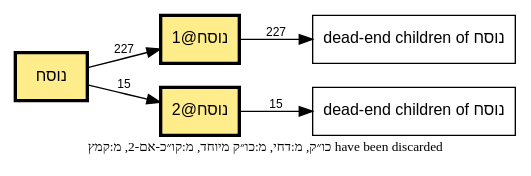
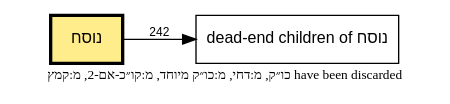
Before and after one commit to bdenckla/MAM-basics: the diagram in out/tmpl-survey-plain/plain-docnote-call-graph-c.dot, drawn with Graphviz. The commit also changed 22 other files, not shown here.

```diff
--- a/out/tmpl-survey-plain/plain-docnote-call-graph-c.dot
+++ b/out/tmpl-survey-plain/plain-docnote-call-graph-c.dot
@@ -1,34 +1,29 @@
 // This file was generated by MAM-basics/py/main_tmpl_survey.py.
 // Do not edit by hand.
 digraph template_call_graph {
     rankdir=LR;
     node [fontname="SBL Hebrew,Helvetica", fontsize=12];
     edge [fontname="Helvetica", fontsize=9];
     graph [comment="This file was generated by MAM-basics/py/main_tmpl_survey.py."];
 
     // Template nodes
     node [shape=box, style=""];
     "dead-end children of נוסח" [tooltip="מ:אין פרשה בתחילת פרק
 מ:אין פרשה בתחילת פרק בספרי אמ״ת
 מ:סיום בטוב
+מ:קישור בהערה
 סס
 ססס
 פפ
 פפפ
 ר1
-ר4"];
-    "dead-end children of נוסח (2)" [label="dead-end children of נוסח", tooltip="מ:קישור בהערה
+ר4
 ש"];
     "נוסח" [fillcolor="lightgoldenrod1", style="filled", penwidth=2.5];
-    "נוסח@1" [fillcolor="lightgoldenrod1", style="filled", penwidth=2.5];
-    "נוסח@2" [fillcolor="lightgoldenrod1", style="filled", penwidth=2.5];
 
     // Note
     graph [label="כו״ק, מ:דחי, מ:כו״ק מיוחד, מ:קו״כ-אם-2, מ:קמץ have been discarded", labelloc=b, fontsize=10];
 
     // Edges
-    "נוסח" -> "נוסח@1" [label="227"];
-    "נוסח" -> "נוסח@2" [label="15"];
-    "נוסח@1" -> "dead-end children of נוסח" [label="227"];
-    "נוסח@2" -> "dead-end children of נוסח (2)" [label="15"];
+    "נוסח" -> "dead-end children of נוסח" [label="242"];
 }
```
